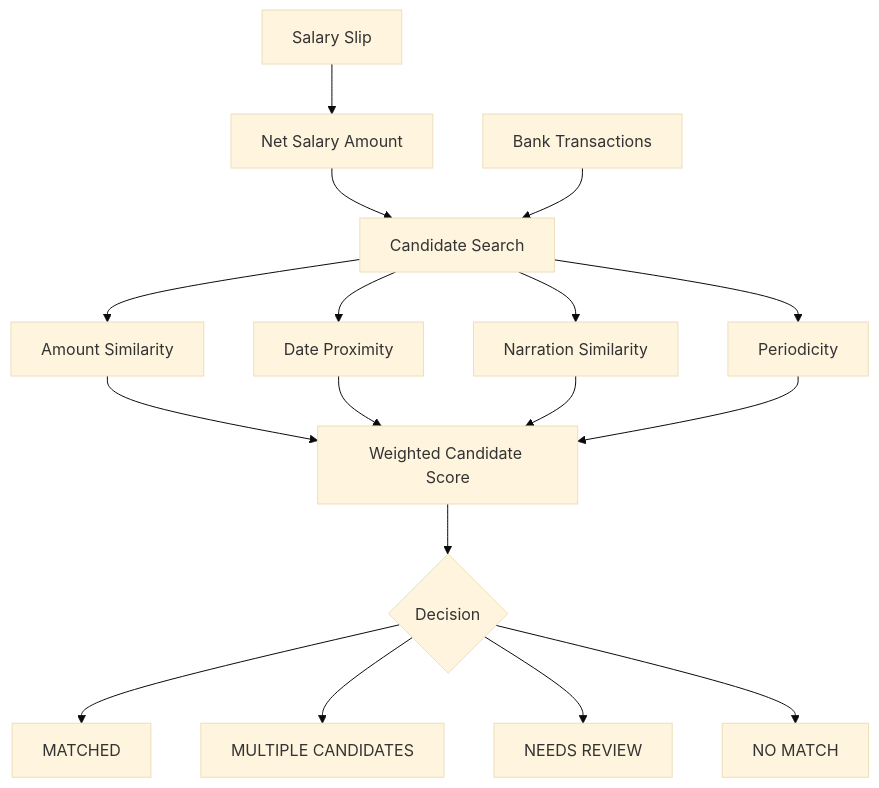
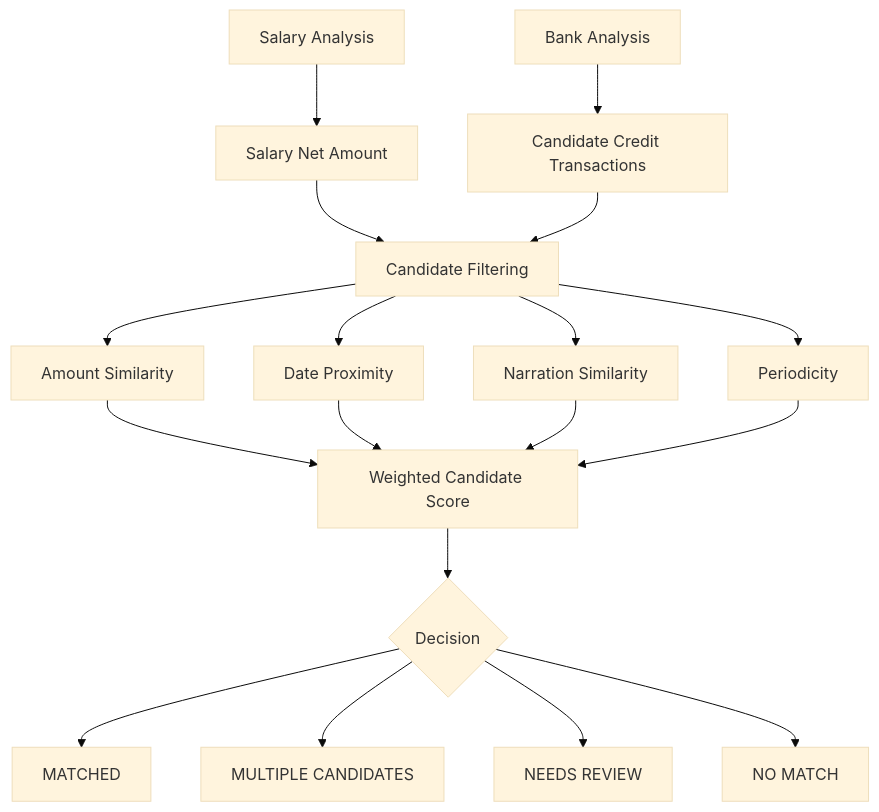
The third of 8 diagrams in ARCHITECTURE.md (SAHILDAS/financial-document-analyzer), drawn with Mermaid (base theme) before and after one commit. The commit also changed other lines of this file and 5 other files, not shown here.

````diff
--- a/ARCHITECTURE.md
+++ b/ARCHITECTURE.md
@@ -1023,47 +1230,46 @@
 ```mermaid
 flowchart TD
+    SALARY[Salary Analysis]
+    NET[Salary Net Amount]
 
-    SALARY[Salary Slip]
+    BANK[Bank Analysis]
+    CREDITS[Candidate Credit Transactions]
 
-    NET[Net Salary Amount]
-
-    BANK[Bank Transactions]
-
-    CANDIDATES[Candidate Search]
+    FILTER[Candidate Filtering]
 
     AMOUNT[Amount Similarity]
     DATE[Date Proximity]
     NARRATION[Narration Similarity]
     PERIOD[Periodicity]
 
     SCORE[Weighted Candidate Score]
-
     DECISION{Decision}
 
-    MATCHED[MATCHED]
+    MATCH[MATCHED]
     MULTIPLE[MULTIPLE CANDIDATES]
     REVIEW[NEEDS REVIEW]
     NONE[NO MATCH]
 
     SALARY --> NET
-    NET --> CANDIDATES
+    BANK --> CREDITS
 
-    BANK --> CANDIDATES
+    NET --> FILTER
+    CREDITS --> FILTER
 
-    CANDIDATES --> AMOUNT
-    CANDIDATES --> DATE
-    CANDIDATES --> NARRATION
-    CANDIDATES --> PERIOD
+    FILTER --> AMOUNT
+    FILTER --> DATE
+    FILTER --> NARRATION
+    FILTER --> PERIOD
 
     AMOUNT --> SCORE
     DATE --> SCORE
     NARRATION --> SCORE
     PERIOD --> SCORE
 
     SCORE --> DECISION
 
-    DECISION --> MATCHED
+    DECISION --> MATCH
     DECISION --> MULTIPLE
     DECISION --> REVIEW
     DECISION --> NONE
 ```
````
